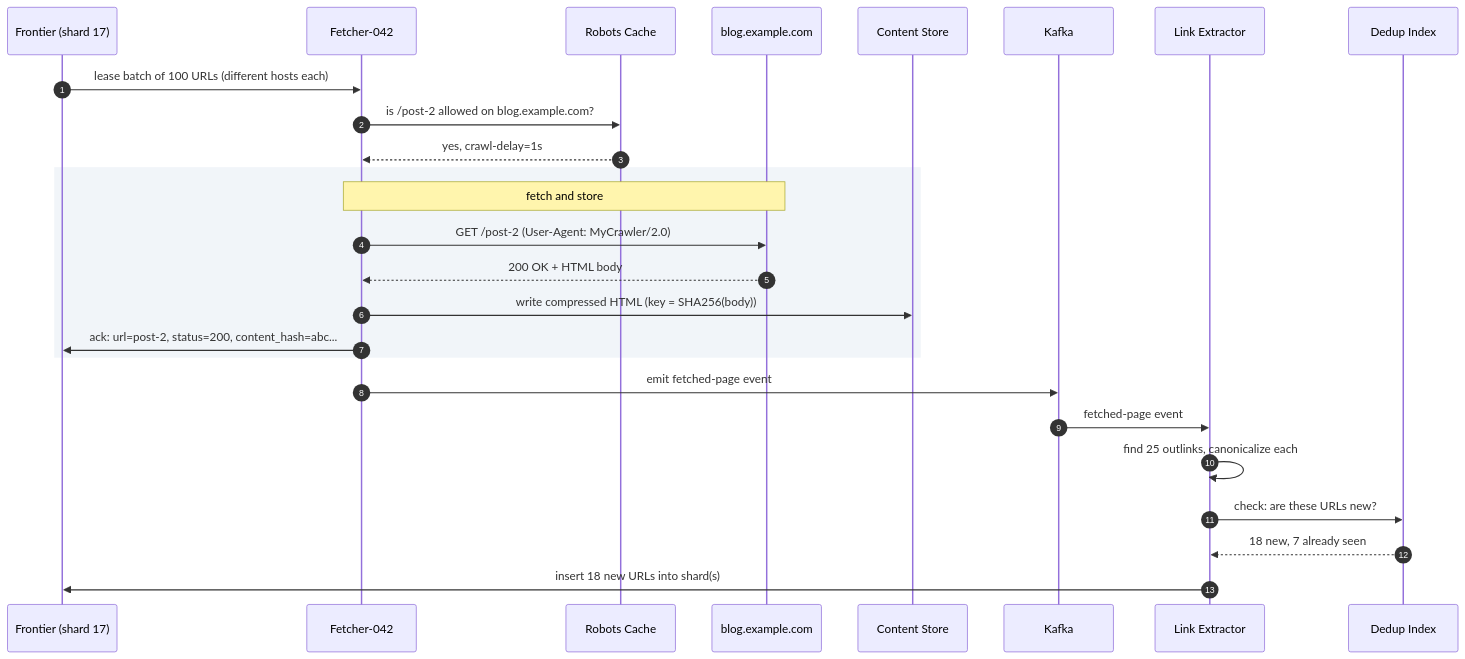
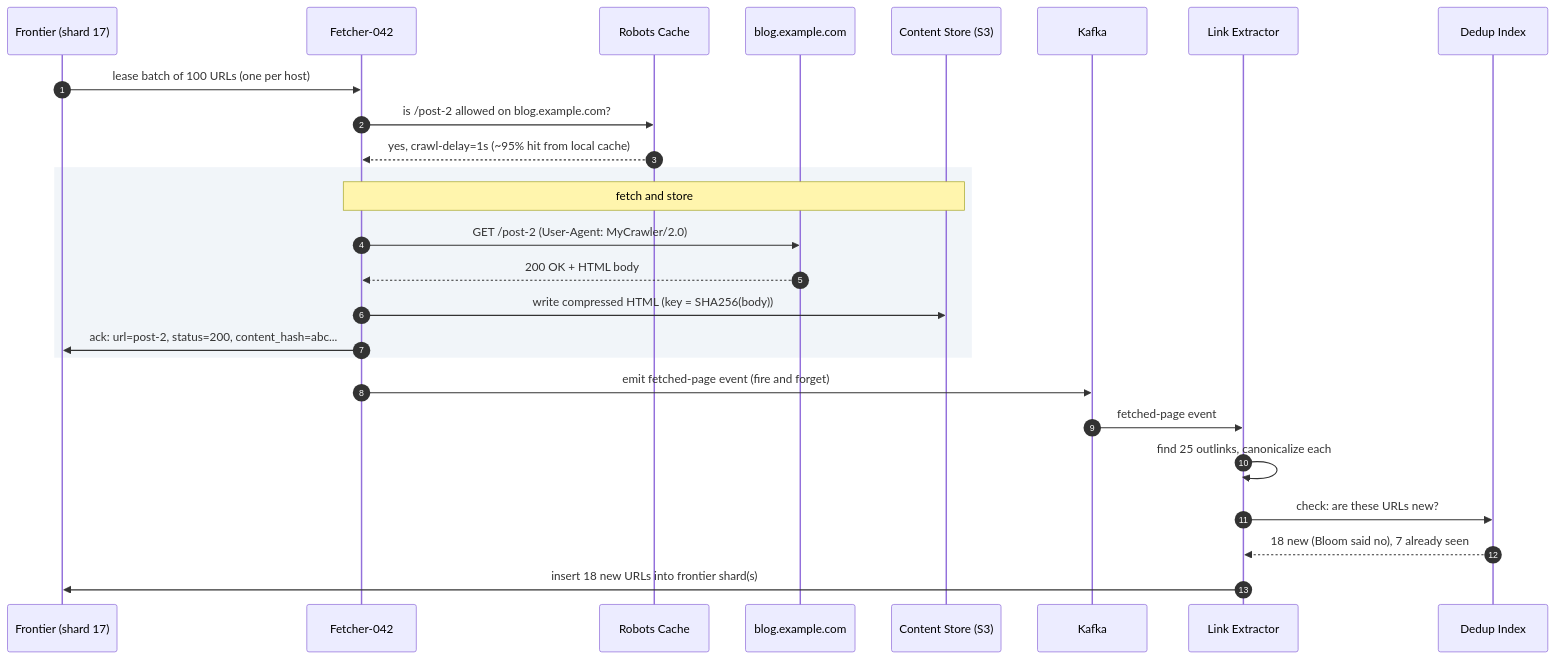
Before and after one commit to shiningflash/system-design: the eighth of 9 diagrams in problems/008-web-crawler/question.md, drawn with Mermaid. The commit also changed other lines of this file and 37 other files, not shown here.

````diff
--- a/problems/008-web-crawler/question.md
+++ b/problems/008-web-crawler/question.md
@@ -400,31 +365,31 @@
 ```mermaid
 sequenceDiagram
     autonumber
     participant F as Frontier (shard 17)
     participant W as Fetcher-042
     participant R as Robots Cache
     participant Site as blog.example.com
-    participant Store as Content Store
+    participant Store as Content Store (S3)
     participant K as Kafka
     participant P as Link Extractor
     participant D as Dedup Index
 
-    F->>W: lease batch of 100 URLs (different hosts each)
+    F->>W: lease batch of 100 URLs (one per host)
     W->>R: is /post-2 allowed on blog.example.com?
-    R-->>W: yes, crawl-delay=1s
+    R-->>W: yes, crawl-delay=1s (~95% hit from local cache)
 
     rect rgb(241, 245, 249)
-        Note over W,Site: fetch and store
+        Note over W,Store: fetch and store
         W->>Site: GET /post-2 (User-Agent: MyCrawler/2.0)
         Site-->>W: 200 OK + HTML body
         W->>Store: write compressed HTML (key = SHA256(body))
         W->>F: ack: url=post-2, status=200, content_hash=abc...
     end
 
-    W->>K: emit fetched-page event
+    W->>K: emit fetched-page event (fire and forget)
     K->>P: fetched-page event
     P->>P: find 25 outlinks, canonicalize each
     P->>D: check: are these URLs new?
-    D-->>P: 18 new, 7 already seen
-    P->>F: insert 18 new URLs into shard(s)
+    D-->>P: 18 new (Bloom said no), 7 already seen
+    P->>F: insert 18 new URLs into frontier shard(s)
 ```
````
